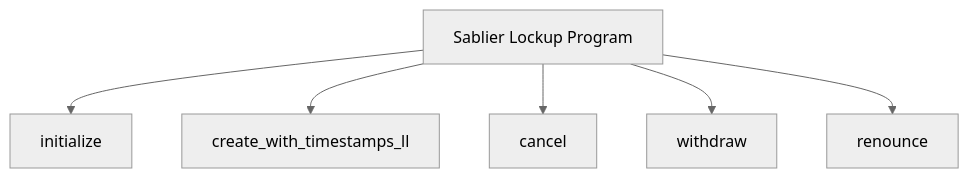
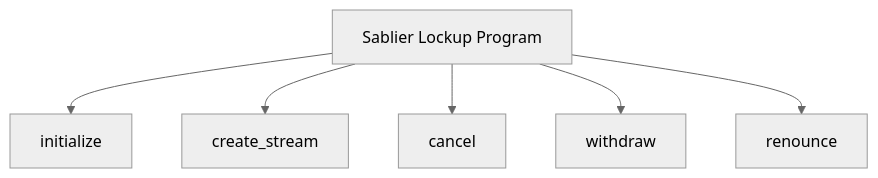
Before and after one commit to sablier-labs/docs: the first of 11 diagrams in docs/solana/accounts-architecture/01-lockup.md, drawn with Mermaid (neutral theme). The commit also changed other lines of this file and 1 other file, not shown here.

````diff
--- a/docs/solana/accounts-architecture/01-lockup.md
+++ b/docs/solana/accounts-architecture/01-lockup.md
@@ -24,8 +24,8 @@
 ```mermaid
 flowchart TD
     A[Sablier Lockup Program] --> B[initialize]
-    A --> C[create_with_timestamps_ll]
+    A --> C[create_stream]
     A --> D[cancel]
     A --> E[withdraw]
     A --> F[renounce]
 ```
````
